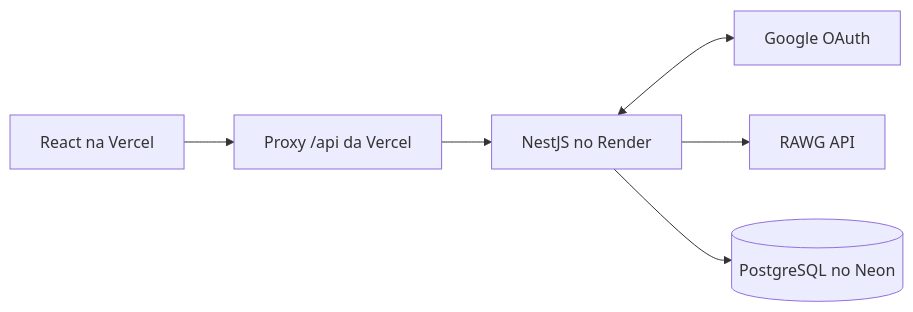
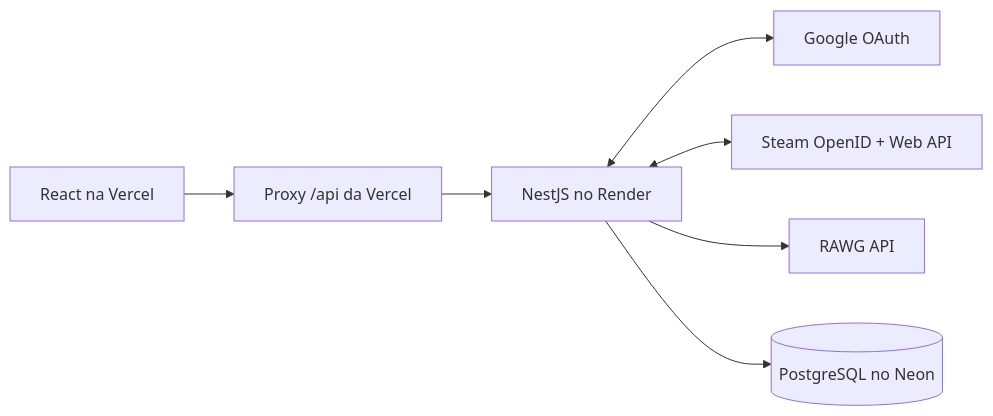
One commit to LucasCruz2773/game-tracker-api changed the first of 2 diagrams in README.md. Above: the diagram before and after it, drawn with Mermaid. The commit also changed other lines of this file and 23 other files, not shown here.

````diff
--- a/README.md
+++ b/README.md
@@ -38,14 +41,16 @@
 ```mermaid
 flowchart LR
   Browser["React na Vercel"]
   Proxy["Proxy /api da Vercel"]
   API["NestJS no Render"]
   Google["Google OAuth"]
+  Steam["Steam OpenID + Web API"]
   RAWG["RAWG API"]
   DB[("PostgreSQL no Neon")]
 
   Browser --> Proxy --> API
   API <--> Google
+  API <--> Steam
   API --> RAWG
   API --> DB
 ```
````
